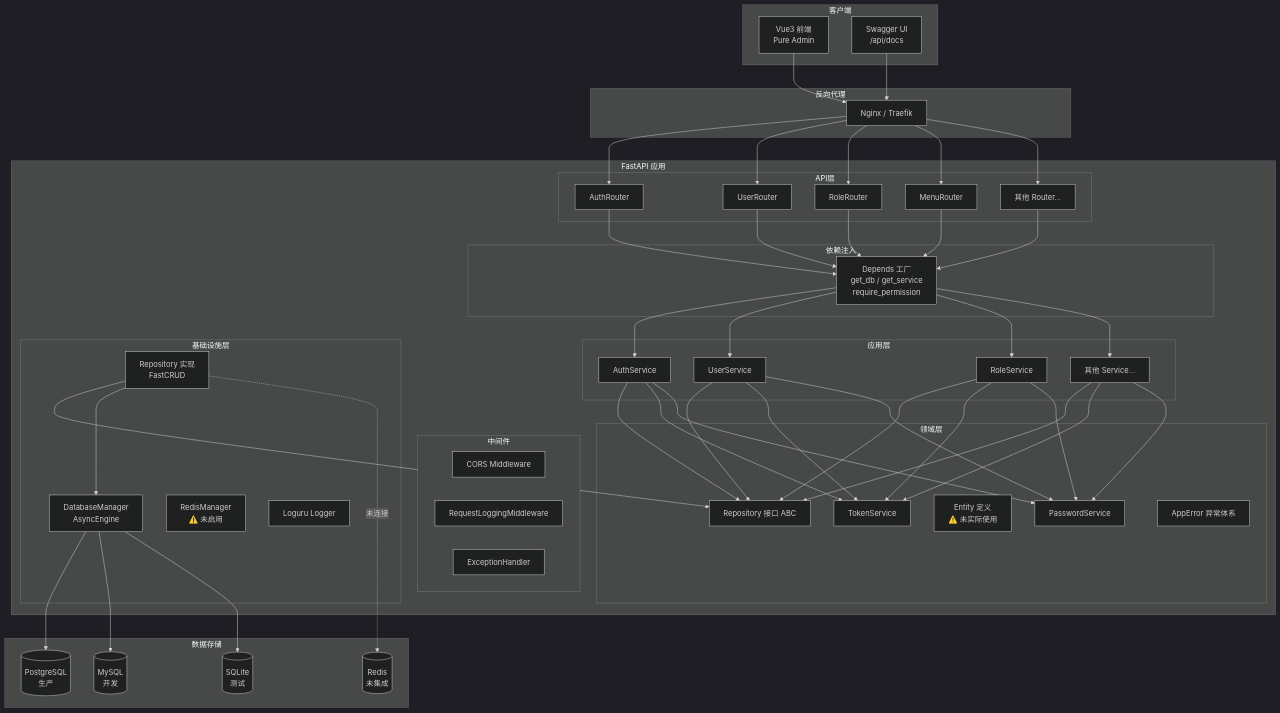
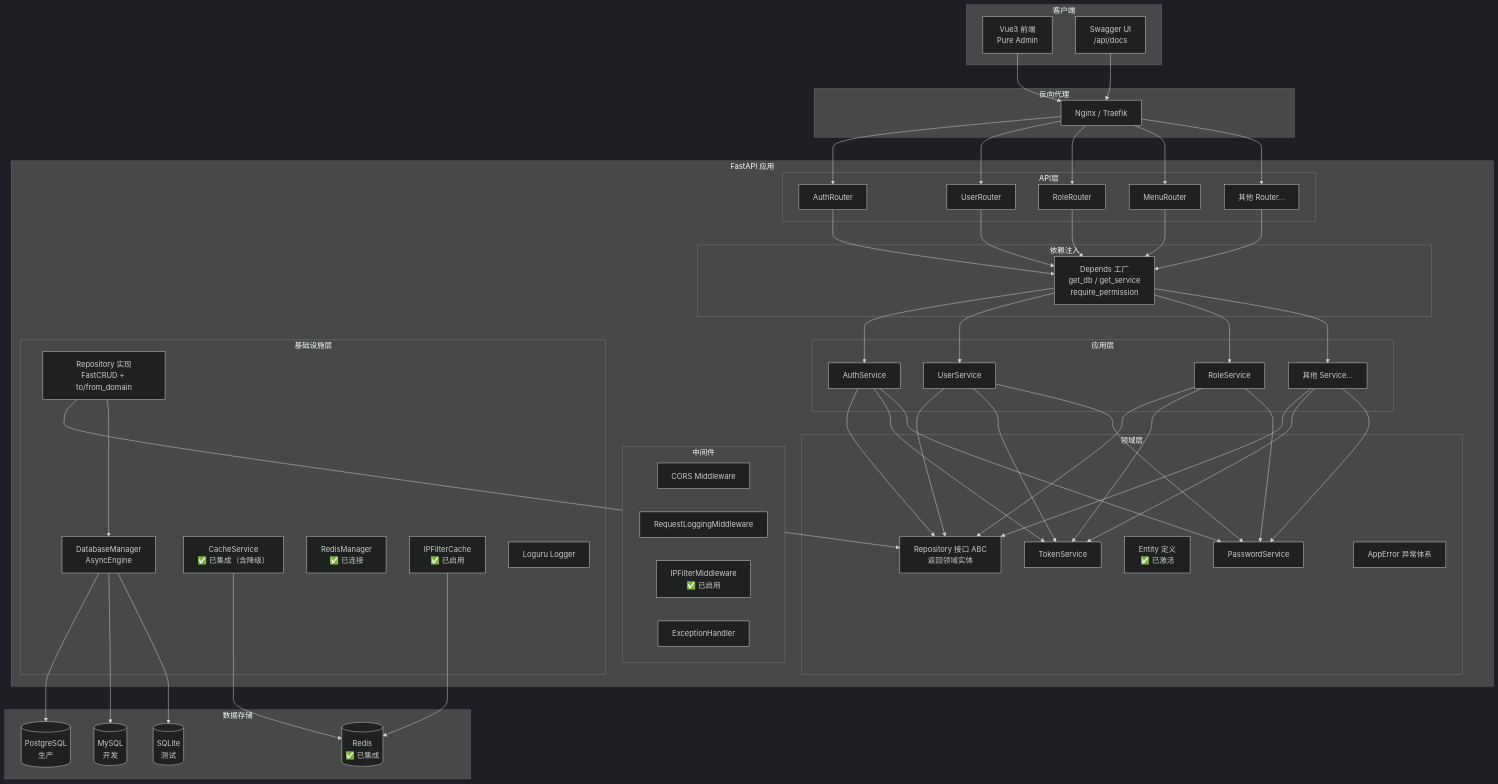
One commit to taoweidong/Hello-FastApi changed the first of 4 diagrams in service/docs/design/系统架构图.md. Above: the diagram before and after it, drawn with Mermaid (dark theme). The commit also changed other lines of this file and 22 other files, not shown here.

````diff
--- a/service/docs/design/系统架构图.md
+++ b/service/docs/design/系统架构图.md
@@ -9,73 +9,77 @@
 ```mermaid
 graph TB
     subgraph 客户端
         FE[Vue3 前端<br/>Pure Admin]
         SW[Swagger UI<br/>/api/docs]
     end
 
     subgraph 反向代理
         Nginx[Nginx / Traefik]
     end
 
     subgraph FastAPI 应用
         subgraph API层
             R1[AuthRouter]
             R2[UserRouter]
             R3[RoleRouter]
             R4[MenuRouter]
             R5[其他 Router...]
         end
 
         subgraph 中间件
             MW1[CORS Middleware]
             MW2[RequestLoggingMiddleware]
-            MW3[ExceptionHandler]
+            MW3[IPFilterMiddleware<br/>✅ 已启用]
+            MW4[ExceptionHandler]
         end
 
         subgraph 依赖注入
             DI[Depends 工厂<br/>get_db / get_service<br/>require_permission]
         end
 
         subgraph 应用层
             AS1[AuthService]
             AS2[UserService]
             AS3[RoleService]
             AS4[其他 Service...]
         end
 
         subgraph 领域层
             DS1[TokenService]
             DS2[PasswordService]
-            ENT[Entity 定义<br/>⚠️ 未实际使用]
-            IF[Repository 接口 ABC]
+            ENT[Entity 定义<br/>✅ 已激活]
+            IF[Repository 接口 ABC<br/>返回领域实体]
             EXC[AppError 异常体系]
         end
 
         subgraph 基础设施层
-            RP[Repository 实现<br/>FastCRUD]
+            RP[Repository 实现<br/>FastCRUD + to/from_domain]
             DBM[DatabaseManager<br/>AsyncEngine]
-            RM[RedisManager<br/>⚠️ 未启用]
+            CS[CacheService<br/>✅ 已集成（含降级）]
+            RM[RedisManager<br/>✅ 已连接]
+            IPC[IPFilterCache<br/>✅ 已启用]
             LOG[Loguru Logger]
         end
     end
 
     subgraph 数据存储
         PG[(PostgreSQL<br/>生产)]
         MY[(MySQL<br/>开发)]
         SL[(SQLite<br/>测试)]
-        RD[(Redis<br/>未集成)]
+        RD[(Redis<br/>✅ 已集成)]
     end
 
     FE --> Nginx
     SW --> Nginx
     Nginx --> R1 & R2 & R3 & R4 & R5
 
     R1 & R2 & R3 & R4 & R5 --> DI
     DI --> AS1 & AS2 & AS3 & AS4
     AS1 & AS2 & AS3 & AS4 --> IF
     AS1 & AS2 & AS3 & AS4 --> DS1 & DS2
     RP --> IF
     RP --> DBM
     DBM --> PG & MY & SL
-    RP -.->|未连接| RD
+    CS --> RD
+    IPC --> RD
 ```
````
